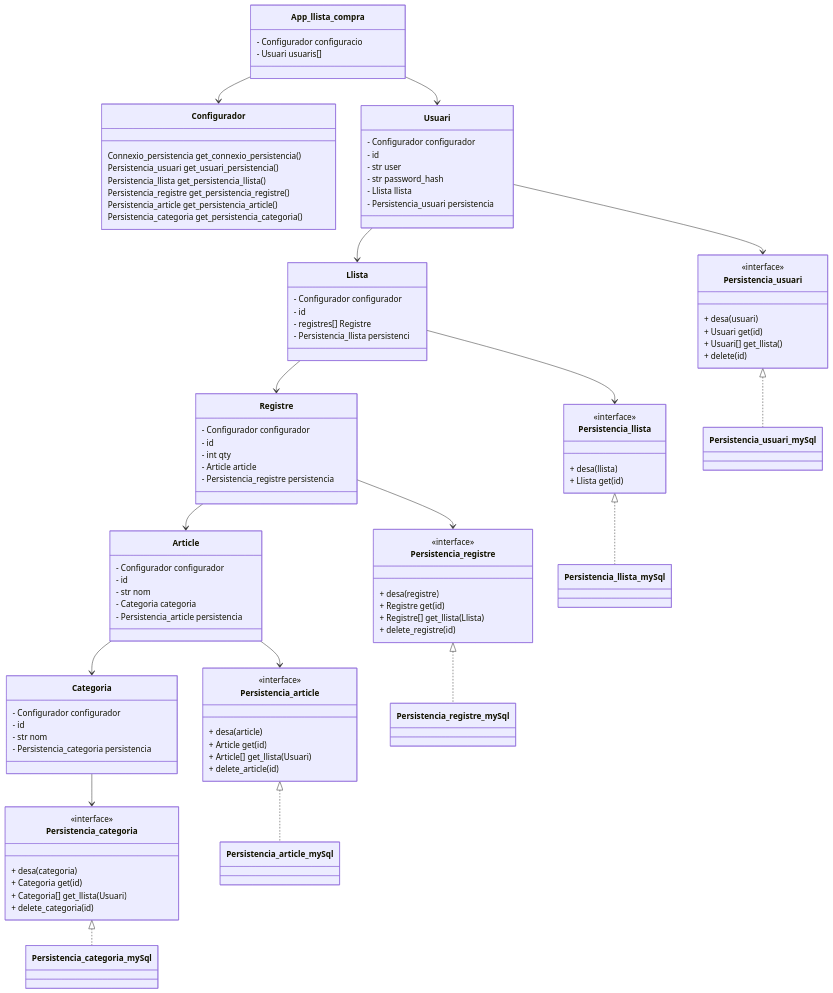
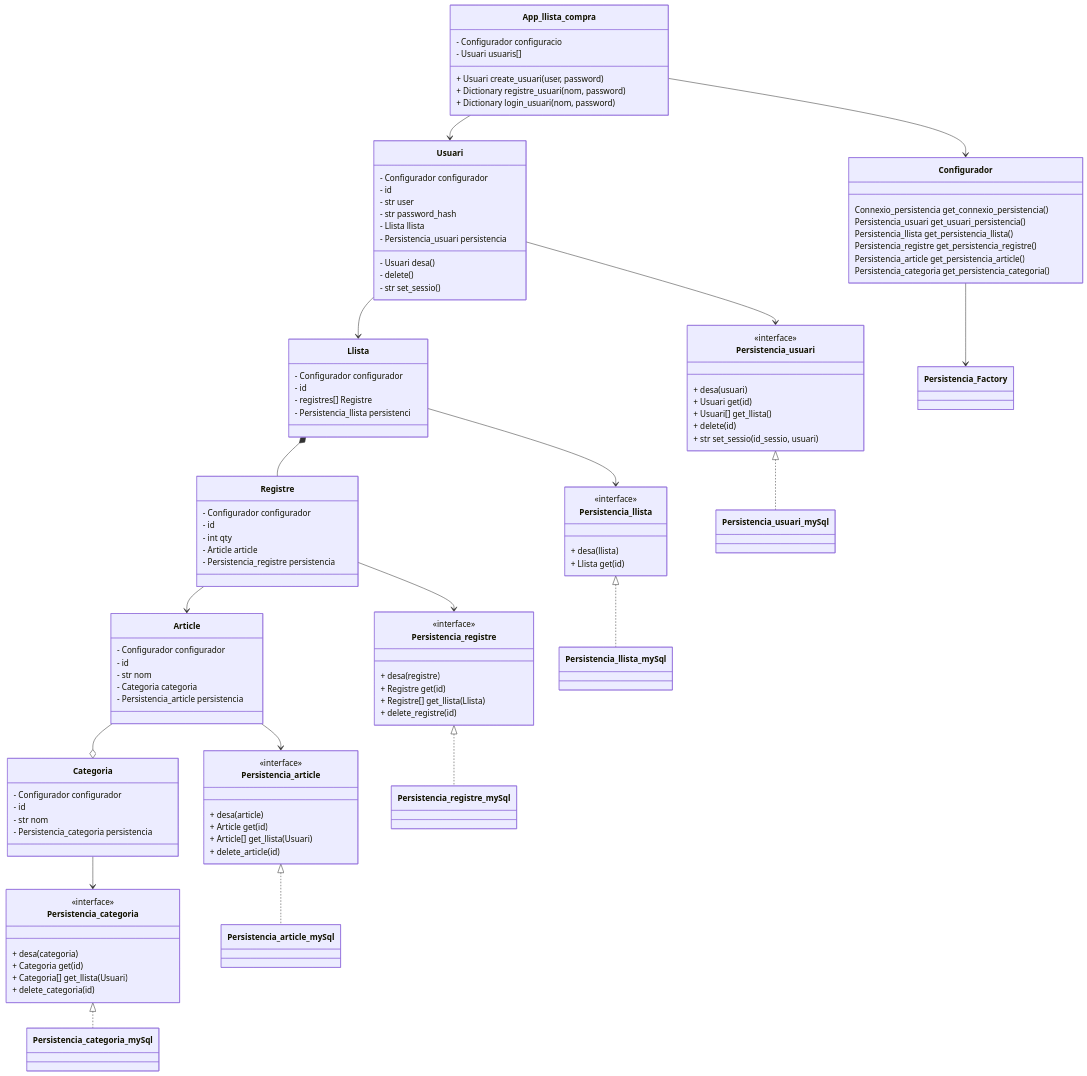
Before and after one commit to xaviQuesadaJDA/Public_llista_compra_m06: the diagram in enunciat.md, drawn with Mermaid. The commit also changed 7 other files, not shown here.

````diff
--- a/enunciat.md
+++ b/enunciat.md
@@ -47,6 +47,9 @@
     class App_llista_compra{
         - Configurador configuracio
         - Usuari usuaris[]
+        + Usuari create_usuari(user, password)
+        + Dictionary registre_usuari(nom, password)
+        + Dictionary login_usuari(nom, password)
     }
 
     class Configurador{
@@ -65,6 +68,9 @@
         - str password_hash
         - Llista llista
         - Persistencia_usuari persistencia
+        - Usuari desa()
+        - delete()
+        - str set_sessio()
     }
 
     class Llista{
@@ -103,6 +109,7 @@
         + Usuari get(id)
         + Usuari[] get_llista()
         + delete(id) 
+        + str set_sessio(id_sessio, usuari)
     }
 
     class Persistencia_llista{
@@ -146,16 +153,17 @@
     Usuari --> Llista
     Usuari --> Persistencia_usuari
     Persistencia_usuari <|.. Persistencia_usuari_mySql
-    Llista --> Registre
+    Llista *-- Registre
     Llista --> Persistencia_llista
     Persistencia_llista <|.. Persistencia_llista_mySql
     Registre --> Article
     Registre --> Persistencia_registre
     Persistencia_registre <|.. Persistencia_registre_mySql
-    Article --> Categoria
+    Article --o Categoria
     Article --> Persistencia_article
     Persistencia_article <|.. Persistencia_article_mySql
     Categoria --> Persistencia_categoria
     Persistencia_categoria <|.. Persistencia_categoria_mySql
+    Configurador --> Persistencia_Factory
 
 ```
````
